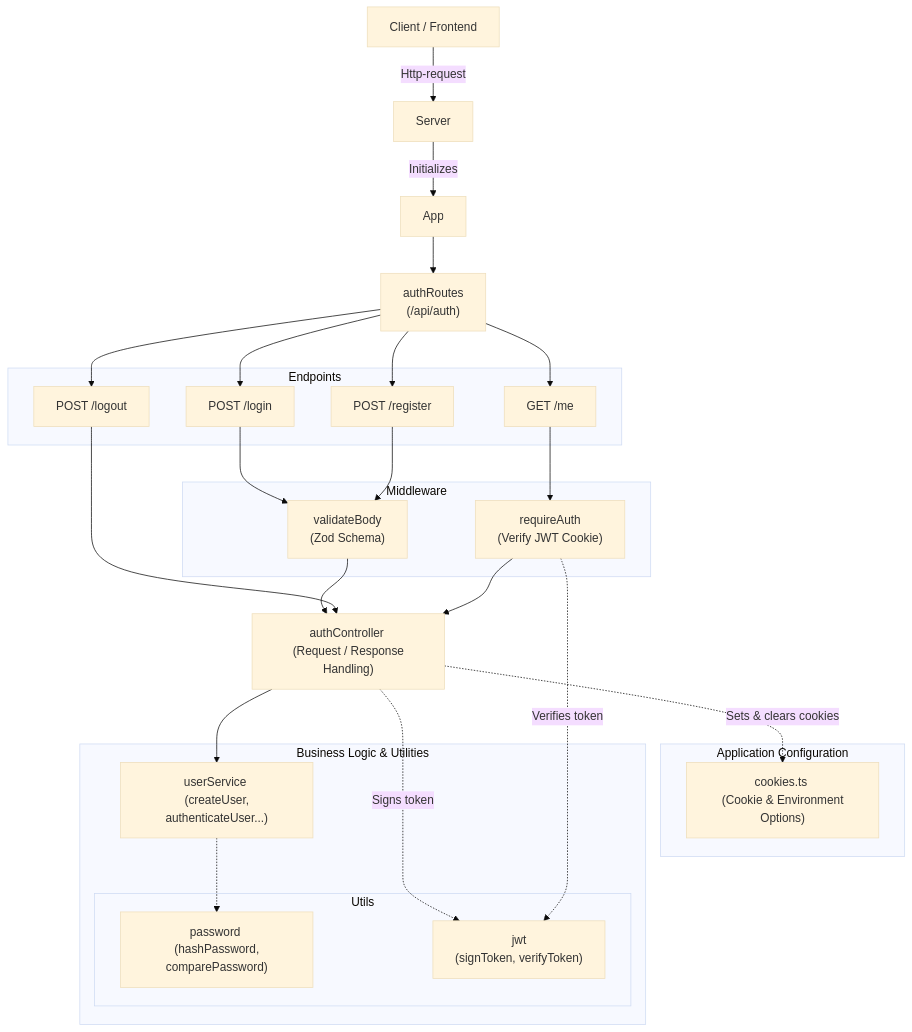
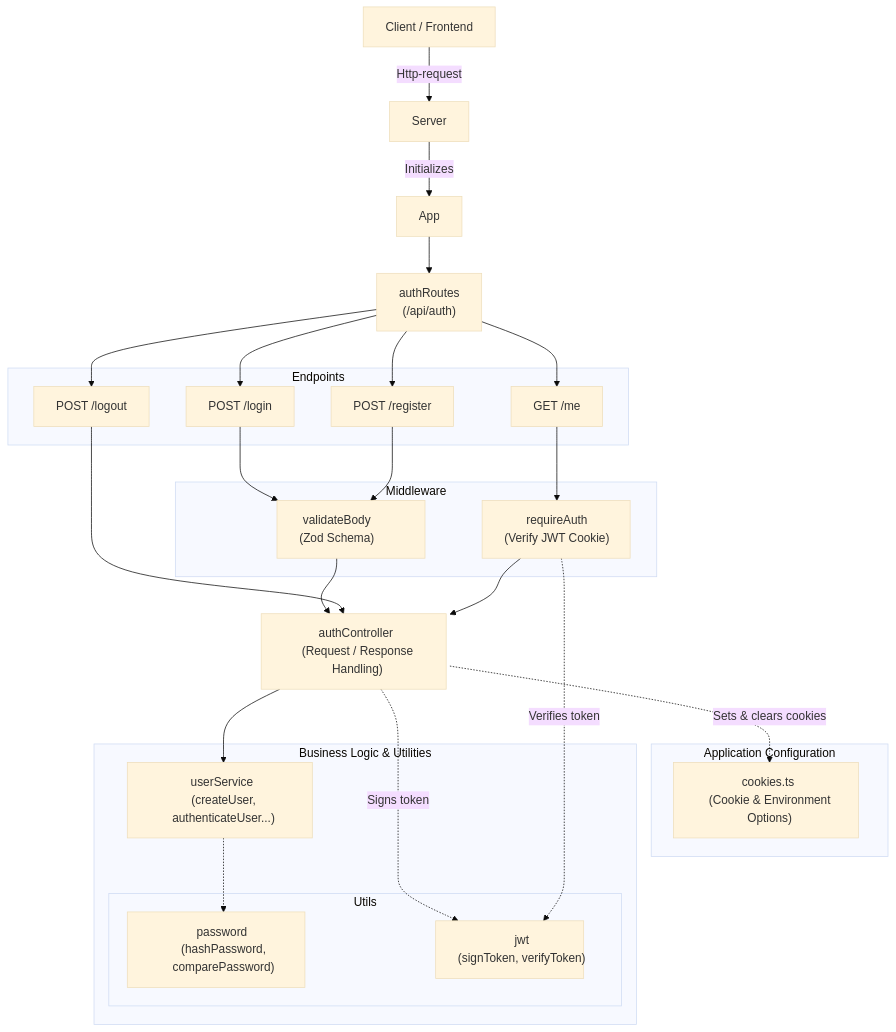
The diagram in README.md (jannikwk/login-token-authentication), drawn with Mermaid (base theme) before and after one commit.

Commit message:
docs: refine component diagram formatting & styles

````diff
--- a/README.md
+++ b/README.md
@@ -15,60 +15,68 @@
 ```mermaid
 graph TD
     Client["Client / Frontend"]
     Server
     App
 
     Client -->|Http-request| Server
     Server -->|Initializes| App
 
-    Routes["`authRoutes <br> (/api/auth)`"]
+    Routes["authRoutes <br> (/api/auth)"]
 
     App --> Routes
 
     subgraph Endpoints
         Login["POST /login"]
         Register["POST /register"]
         Logout["POST /logout"]
         Me["GET /me"]
     end
 
     Routes --> Login
     Routes --> Register
     Routes --> Logout
     Routes --> Me
 
     subgraph Middleware
-        ValidateBody["`validateBody <br> (Zod Schema)`"]
-        RequireAuth["`requireAuth <br> (Verify JWT Cookie)`"]
+        ValidateBody["validateBody <br> (Zod Schema)"]
+        RequireAuth["requireAuth <br> (Verify JWT Cookie)"]
     end
 
     Login --> ValidateBody
     Register --> ValidateBody
     Me --> RequireAuth
 
-    AuthController["`authController <br> (Request / Response Handling)`"]
+    AuthController["authController <br> (Request / Response Handling)"]
 
     ValidateBody --> AuthController
     Logout --> AuthController
     RequireAuth --> AuthController
 
     subgraph Configurations ["Application Configuration"]
-        Cookies["`cookies.ts <br> (Cookie & Environment Options)`"]
+        Cookies["cookies.ts <br> (Cookie & Environment Options)"]
     end
 
     AuthController -.->|Sets & clears cookies| Cookies
 
     subgraph Business_Logic["Business Logic & Utilities"]
-        UserService["`userService <br> (createUser, authenticateUser...)`"]
+        UserService["userService <br> (createUser, authenticateUser...)"]
 
         subgraph Utils
-            Password["`password <br> (hashPassword, comparePassword)`"]
-            JWT["`jwt <br> (signToken, verifyToken)`"]
+            Password["password <br> (hashPassword, comparePassword)"]
+            JWT["jwt <br> (signToken, verifyToken)"]
         end
     end
 
     AuthController --> UserService
     UserService -.-> Password
     AuthController -.->|Signs token| JWT
     RequireAuth -.->|Verifies token| JWT
+
+    style Cookies width:250px
+    style AuthController width:250px
+    style ValidateBody width:200px
+    style RequireAuth width:200px
+    style UserService width:250px
+    style Password width:240px
+    style JWT width:200px
 ```
````
